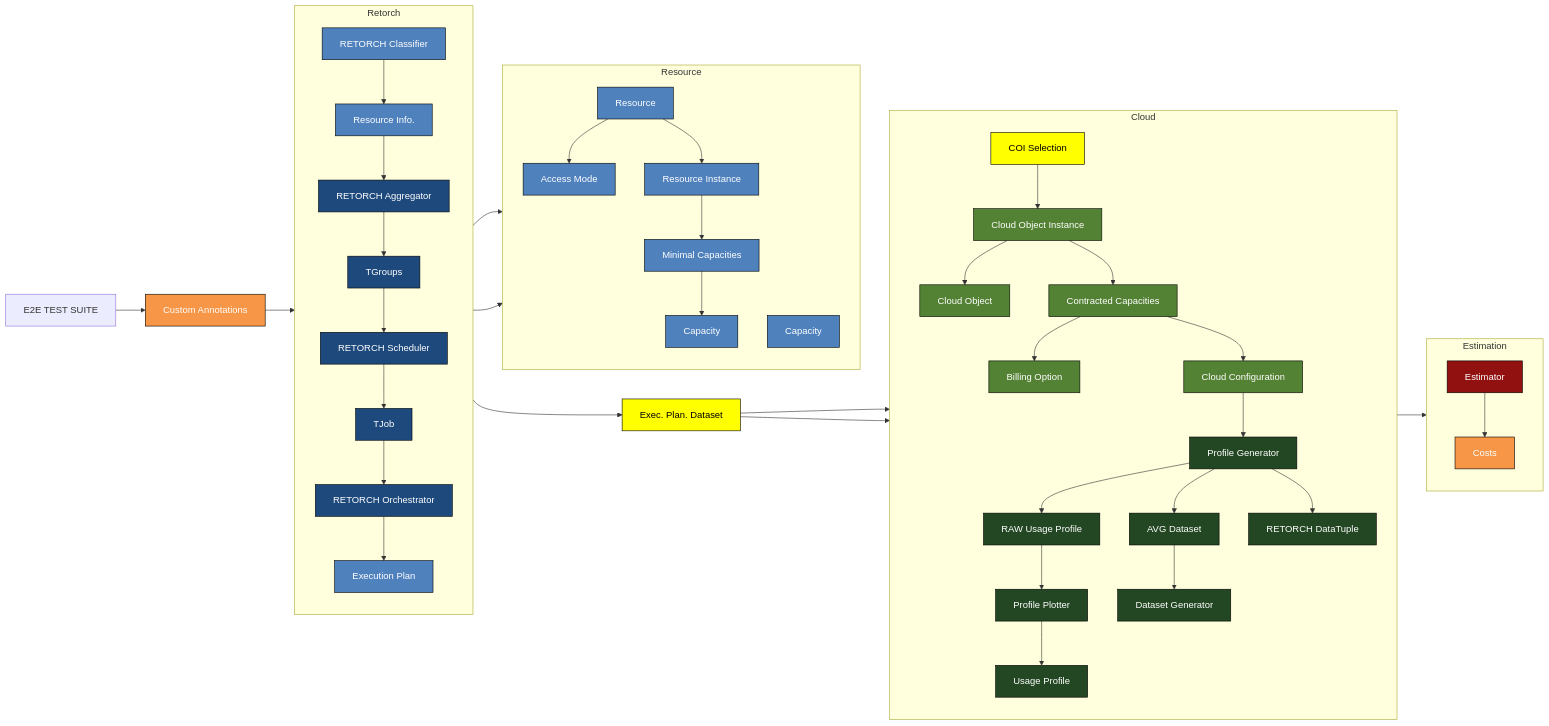
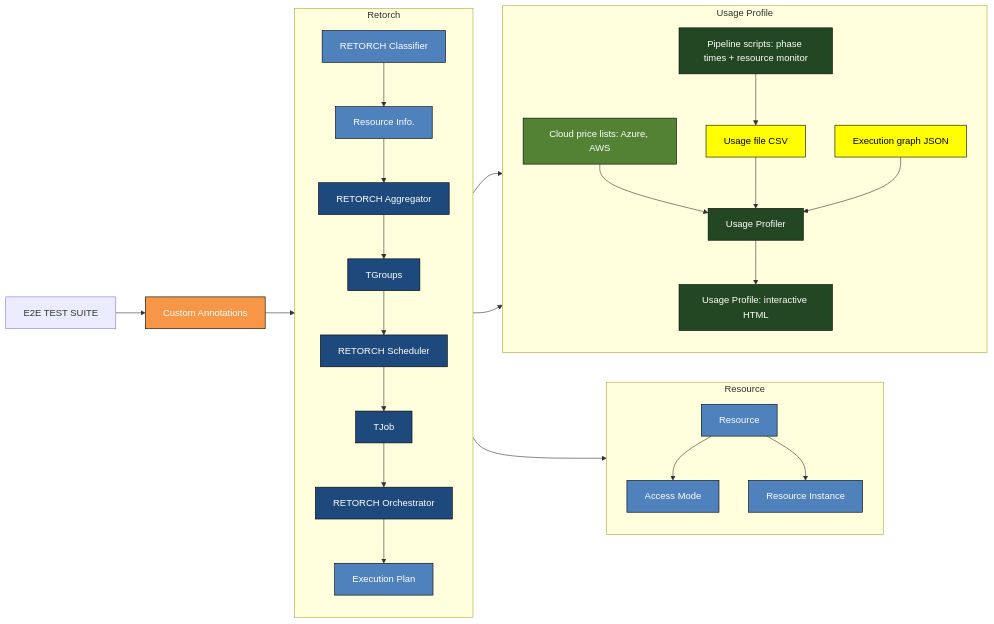
Before and after one commit to giis-uniovi/retorch: the diagram in README.md, drawn with Mermaid. The commit also changed other lines of this file and 243 other files, not shown here.

````diff
--- a/README.md
+++ b/README.md
@@ -47,68 +49,47 @@
 ```mermaid
 flowchart LR
   %% Classifiers
   classDef blue fill:#1e497c,stroke:#000000,color:#ffffff;
   classDef green fill:#234723,stroke:#000000,color:#ffffff;
-  classDef red fill:#911111,stroke:#000000,color:#ffffff;
   classDef yellow fill:#ffff00,stroke:#000000,color:#000000;
   classDef orange fill:#f79646,stroke:#000000,color:#ffffff;
   classDef lightBlue fill:#4f81bd,stroke:#000000,color:#ffffff;
   classDef lightGreen fill:#548235,stroke:#000000,color:#ffffff;
 
   %% Nodes
-  A[E2E TEST SUITE]:::purple --> B[Custom Annotations]:::orange
+  A[E2E TEST SUITE] --> B[Custom Annotations]:::orange
   B --> C[RETORCH Classifier]:::lightBlue
 
   %% Retorch Section
   subgraph Retorch
     direction TB
     C --> D[Resource Info.]:::lightBlue
     D --> E[RETORCH Aggregator]:::blue
     E --> F[TGroups]:::blue
     F --> G[RETORCH Scheduler]:::blue
     G --> H[TJob]:::blue
     H --> I[RETORCH Orchestrator]:::blue
     I --> J[Execution Plan]:::lightBlue
   end
 
   %% Resource Section
   subgraph Resource
     direction TB
     C --> K[Resource]:::lightBlue
     K --> L[Access Mode]:::lightBlue
     K --> M[Resource Instance]:::lightBlue
-    M --> N[Minimal Capacities]:::lightBlue
-    N --> O[Capacity]:::lightBlue
-    J --> P[Capacity]:::lightBlue
   end
 
-  %% Cloud Section
-  subgraph Cloud
+  %% Usage profile
+  subgraph UsageProfile[Usage Profile]
     direction TB
-    Q[COI Selection]:::yellow --> R[Cloud Object Instance]:::lightGreen
-    R --> S[Cloud Object]:::lightGreen
-    R --> T[Contracted Capacities]:::lightGreen
-    T --> U[Billing Option]:::lightGreen
-    T --> V[Cloud Configuration]:::lightGreen
-    V --> W[Profile Generator]:::green
-    W --> X[RAW Usage Profile]:::green
-    W --> Y[AVG Dataset]:::green
-    X --> Z[Profile Plotter]:::green
-    Z --> AA[Usage Profile]:::green
-    W --> BB[RETORCH DataTuple]:::green
-    Y --> CC[Dataset Generator]:::green
+    I --> S[Pipeline scripts: phase times + resource monitor]:::green
+    S --> U[Usage file CSV]:::yellow
+    J --> V[Execution graph JSON]:::yellow
+    W[Cloud price lists: Azure, AWS]:::lightGreen --> X[Usage Profiler]:::green
+    U --> X
+    V --> X
+    X --> Y[Usage Profile: interactive HTML]:::green
   end
 
-  %% Estimation Section
-  subgraph Estimation
-    direction TB
-    CC --> DD[Estimator]:::red
-    DD --> EE[Costs]:::orange
-  end
-
-  %% Execution Data
-  J --> FF[Exec. Plan. Dataset]:::yellow
-  FF --> Y
-  FF --> W
-
 ```
````
